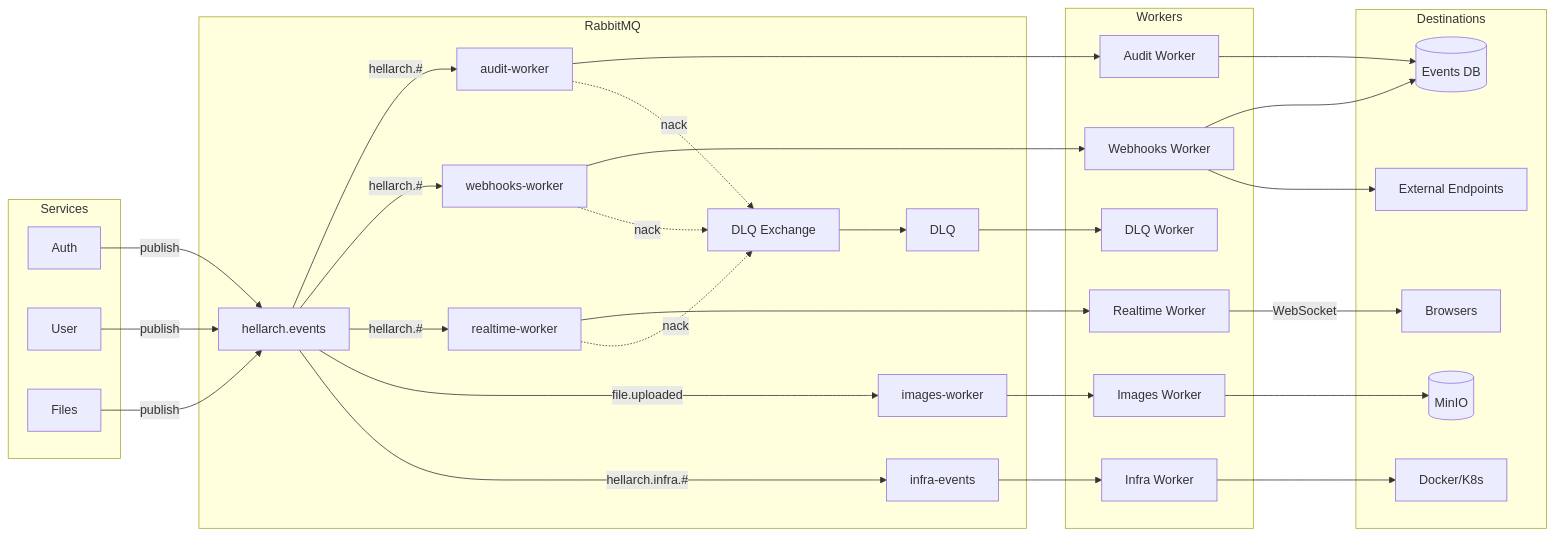
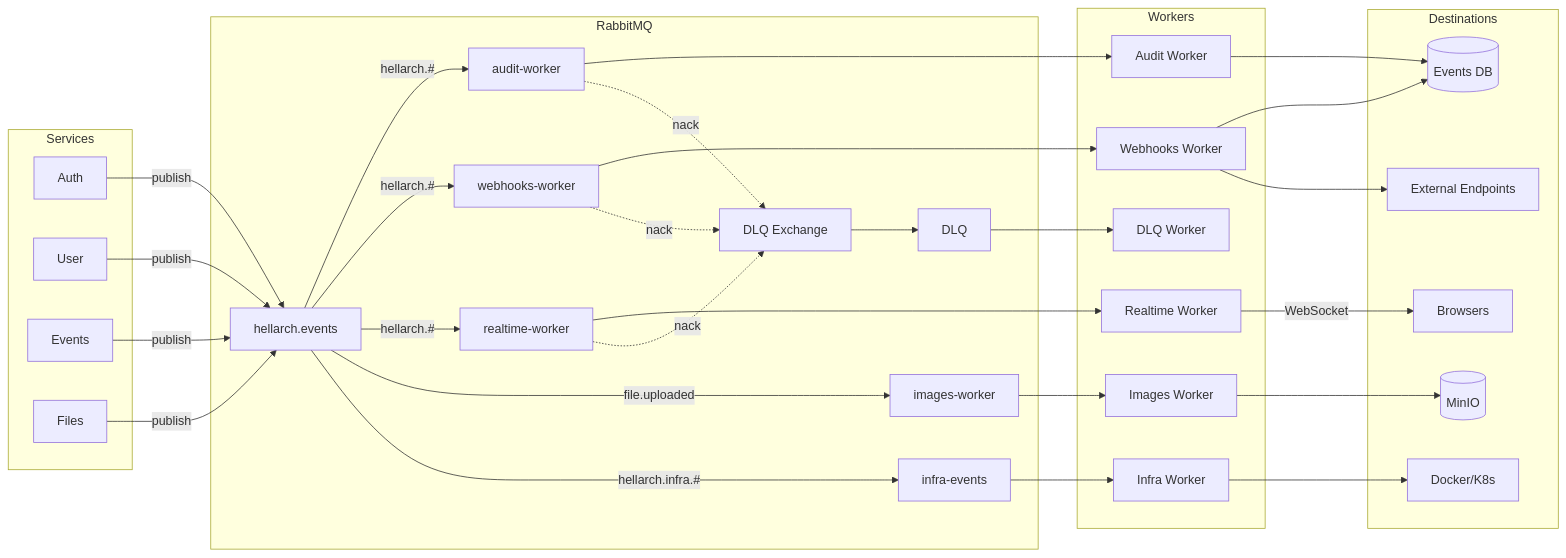
One commit to Nechja/hellArch changed the diagram in docs/guide/workers/index.md. Above: the diagram before and after it, drawn with Mermaid. The commit also changed other lines of this file and 34 other files, not shown here.

````diff
--- a/docs/guide/workers/index.md
+++ b/docs/guide/workers/index.md
@@ -18,61 +18,63 @@
 ```mermaid
 graph LR
     subgraph Services
         AUTH[Auth]
         USER[User]
+        EVENTS[Events]
         FILES[Files]
     end
 
     subgraph RabbitMQ
         EX[hellarch.events]
         AQ[audit-worker]
         WQ[webhooks-worker]
         RQ[realtime-worker]
         IMQ[images-worker]
         IQ[infra-events]
         DLX[DLQ Exchange]
         DLQ[DLQ]
     end
 
     subgraph Workers
         AW[Audit Worker]
         WW[Webhooks Worker]
         RW[Realtime Worker]
         IMW[Images Worker]
         IW[Infra Worker]
         DW[DLQ Worker]
     end
 
     subgraph Destinations
         EDB[(Events DB)]
         EXT[External Endpoints]
         BR[Browsers]
         MINIO[(MinIO)]
         ORCH[Docker/K8s]
     end
 
     AUTH -->|publish| EX
     USER -->|publish| EX
+    EVENTS -->|publish| EX
     FILES -->|publish| EX
     EX -->|hellarch.#| AQ
     EX -->|hellarch.#| WQ
     EX -->|hellarch.#| RQ
     EX -->|file.uploaded| IMQ
     EX -->|hellarch.infra.#| IQ
     AQ --> AW
     WQ --> WW
     RQ --> RW
     IMQ --> IMW
     IQ --> IW
     AW --> EDB
     WW --> EDB
     WW --> EXT
     RW -->|WebSocket| BR
     IMW --> MINIO
     IW --> ORCH
     AQ -.->|nack| DLX
     WQ -.->|nack| DLX
     RQ -.->|nack| DLX
     DLX --> DLQ
     DLQ --> DW
 ```
````
